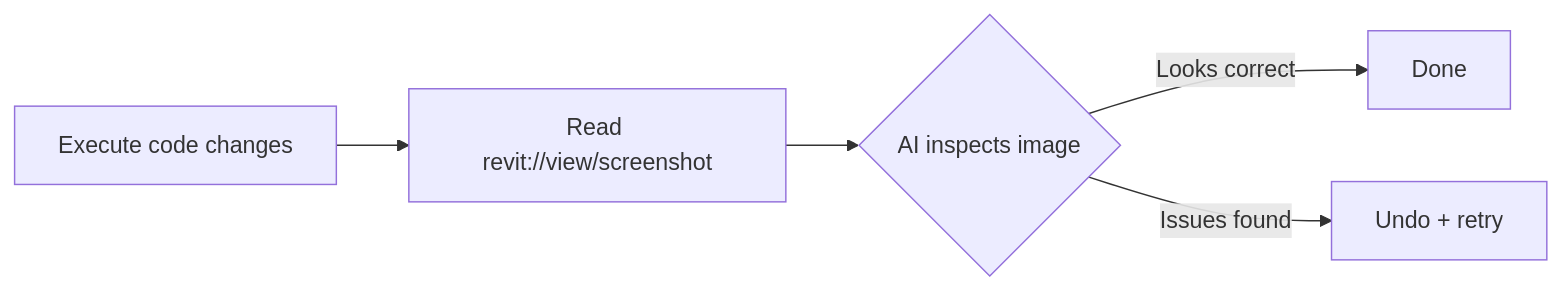
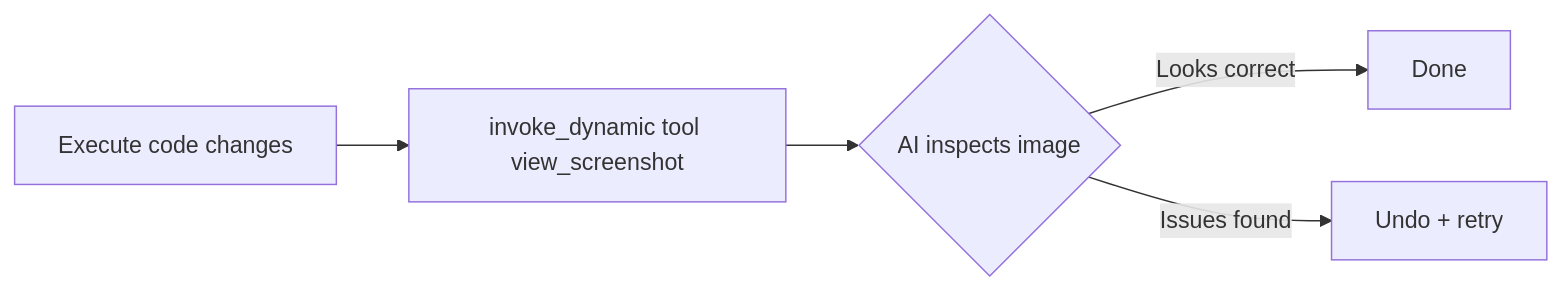
The second of 4 diagrams in docs/architecture/MCP/workflows.md (trgiangv/RevitDevTool), drawn with Mermaid before and after one commit. The commit also changed other lines of this file and 32 other files, not shown here.

First line of the commit message:
docs(mcp): platform architecture and product contracts for SDK 2.0

````diff
--- a/docs/architecture/MCP/workflows.md
+++ b/docs/architecture/MCP/workflows.md
@@ -30,7 +30,7 @@
 ```mermaid
 flowchart LR
-    A[Execute code changes] --> B[Read revit://view/screenshot]
+    A[Execute code changes] --> B[invoke_dynamic tool view_screenshot]
     B --> C{AI inspects image}
     C -->|Looks correct| D[Done]
     C -->|Issues found| E[Undo + retry]
 ```
````
